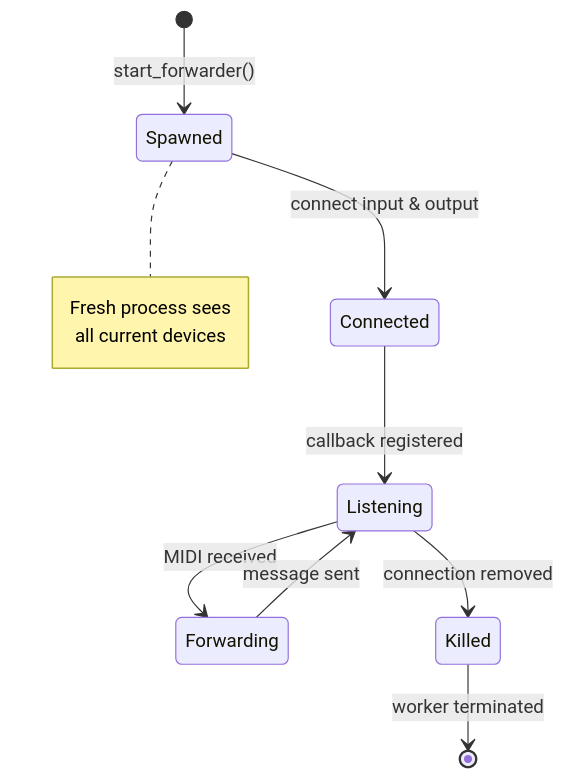
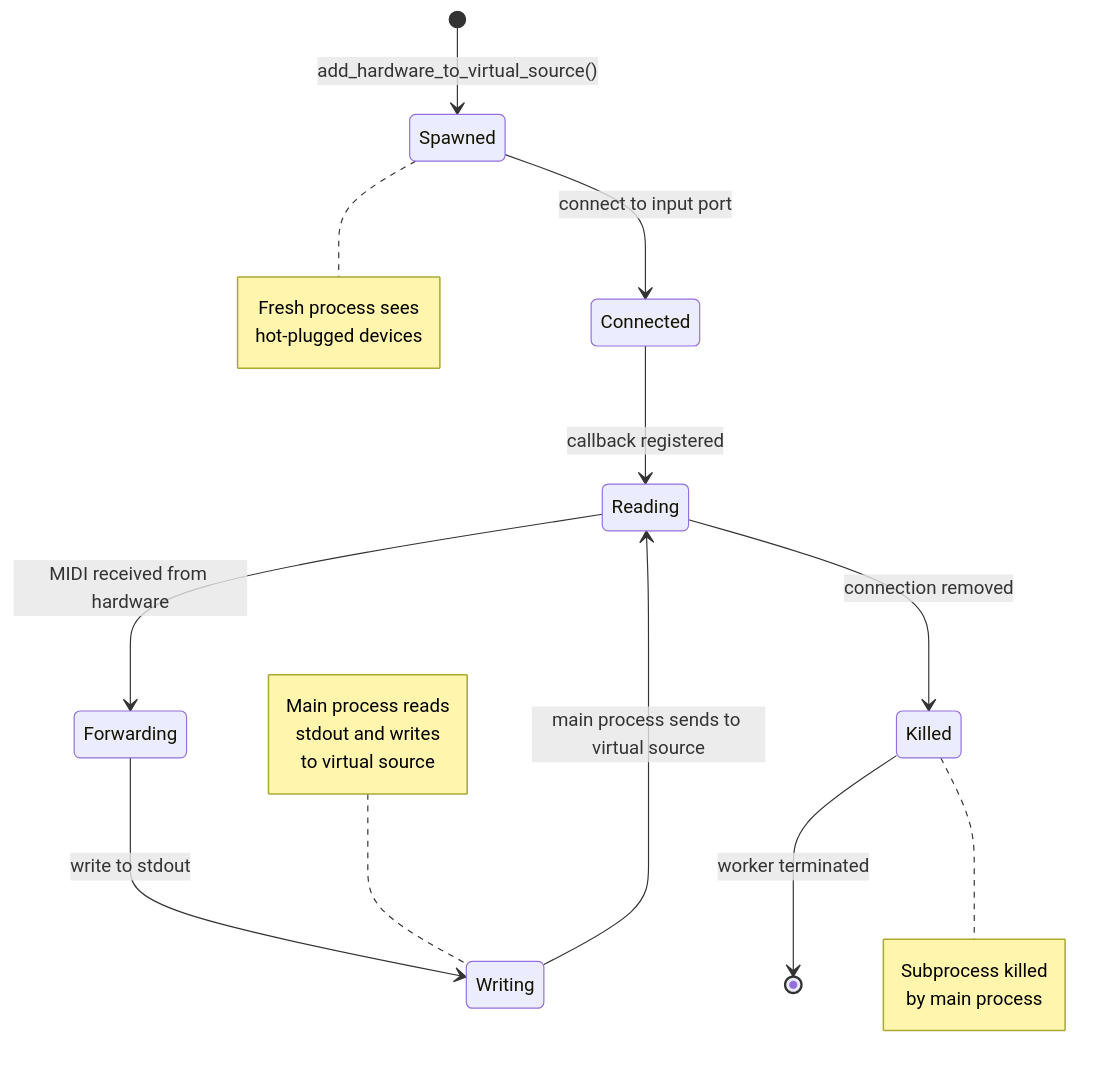
One commit to odaacabeef/midi-cable changed the fourth of 6 diagrams in docs/architecture.md. Above: the diagram before and after it, drawn with Mermaid. The commit also changed other lines of this file and 4 other files, not shown here.

````diff
--- a/docs/architecture.md
+++ b/docs/architecture.md
@@ -292,15 +180,27 @@
 ```mermaid
 stateDiagram-v2
-    [*] --> Spawned: start_forwarder()
-    Spawned --> Connected: connect input & output
-    Connected --> Listening: callback registered
-    Listening --> Forwarding: MIDI received
-    Forwarding --> Listening: message sent
-    Listening --> Killed: connection removed
+    [*] --> Spawned: add_hardware_to_virtual_source()
+    Spawned --> Connected: connect to input port
+    Connected --> Reading: callback registered
+    Reading --> Forwarding: MIDI received from hardware
+    Forwarding --> Writing: write to stdout
+    Writing --> Reading: main process sends to virtual source
+    Reading --> Killed: connection removed
     Killed --> [*]: worker terminated
 
     note right of Spawned
         Fresh process sees
-        all current devices
+        hot-plugged devices
+    end note
+
+    note left of Writing
+        Main process reads
+        stdout and writes
+        to virtual source
+    end note
+
+    note right of Killed
+        Subprocess killed
+        by main process
     end note
 ```
````
